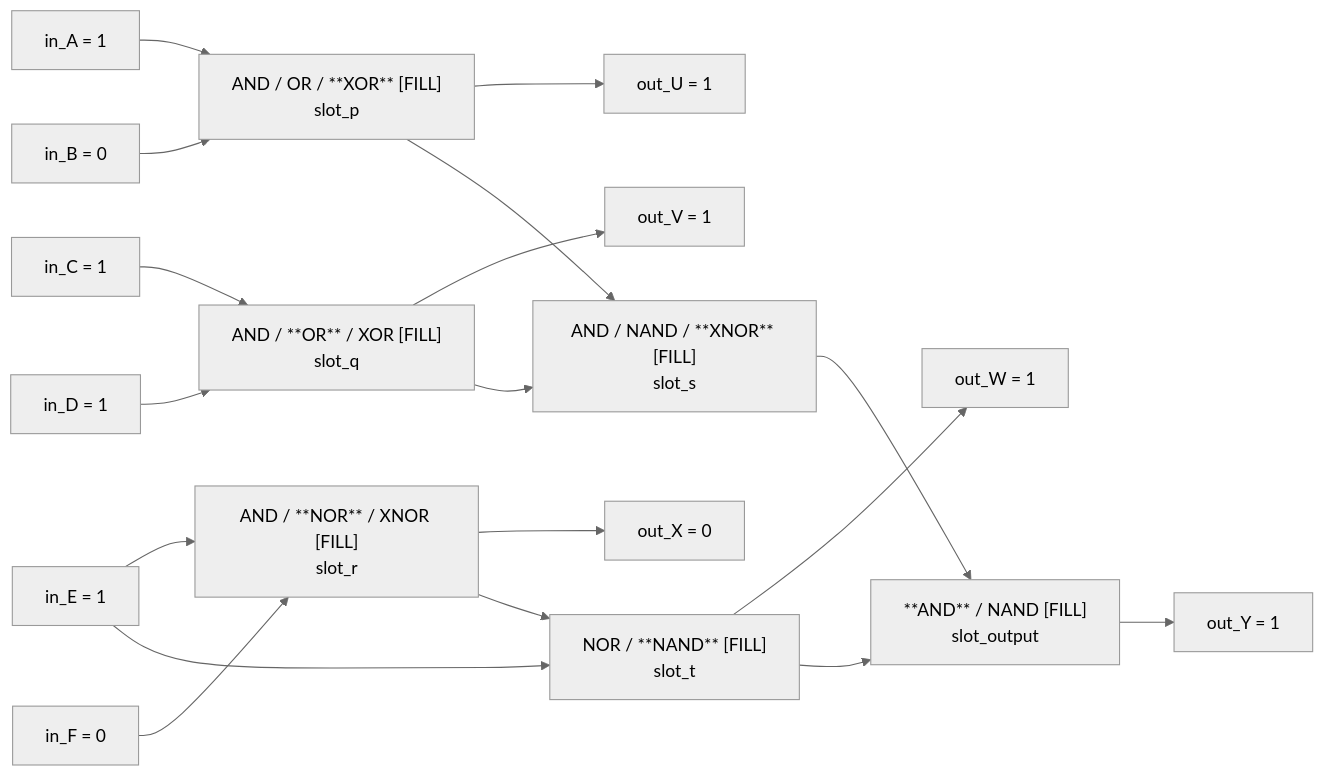
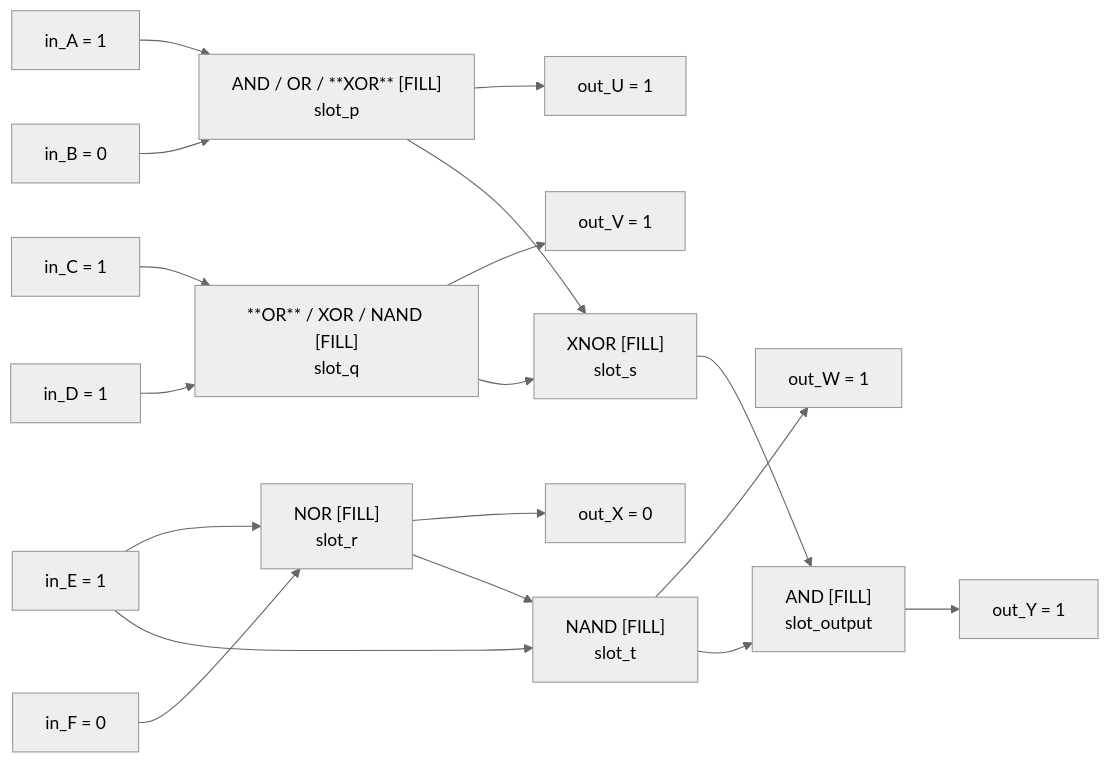
One commit to zardab/cse110-team25 changed the ninth of 10 diagrams in docs/level-diagrams.md. Above: the diagram before and after it, drawn with Mermaid (neutral theme). The commit also changed other lines of this file and 12 other files, not shown here.

````diff
--- a/docs/level-diagrams.md
+++ b/docs/level-diagrams.md
@@ -192,20 +193,20 @@
 ```mermaid
 flowchart LR
   inA["in_A = 1"] --> p["AND / OR / **XOR** [FILL]\nslot_p"]
   inB["in_B = 0"] --> p
   p --> pOut["out_U = 1"]
-  inC["in_C = 1"] --> q["AND / **OR** / XOR [FILL]\nslot_q"]
+  inC["in_C = 1"] --> q["**OR** / XOR / NAND [FILL]\nslot_q"]
   inD["in_D = 1"] --> q
   q --> qOut["out_V = 1"]
-  inE["in_E = 1"] --> r["AND / **NOR** / XNOR [FILL]\nslot_r"]
+  inE["in_E = 1"] --> r["NOR [FILL]\nslot_r"]
   inF["in_F = 0"] --> r
   r --> rOut["out_X = 0"]
-  p --> s["AND / NAND / **XNOR** [FILL]\nslot_s"]
+  p --> s["XNOR [FILL]\nslot_s"]
   q --> s
-  r --> t["NOR / **NAND** [FILL]\nslot_t"]
+  r --> t["NAND [FILL]\nslot_t"]
   inE --> t
   t --> tOut["out_W = 1"]
-  s --> output["**AND** / NAND [FILL]\nslot_output"]
+  s --> output["AND [FILL]\nslot_output"]
   t --> output
   output --> out["out_Y = 1"]
 ```
````
